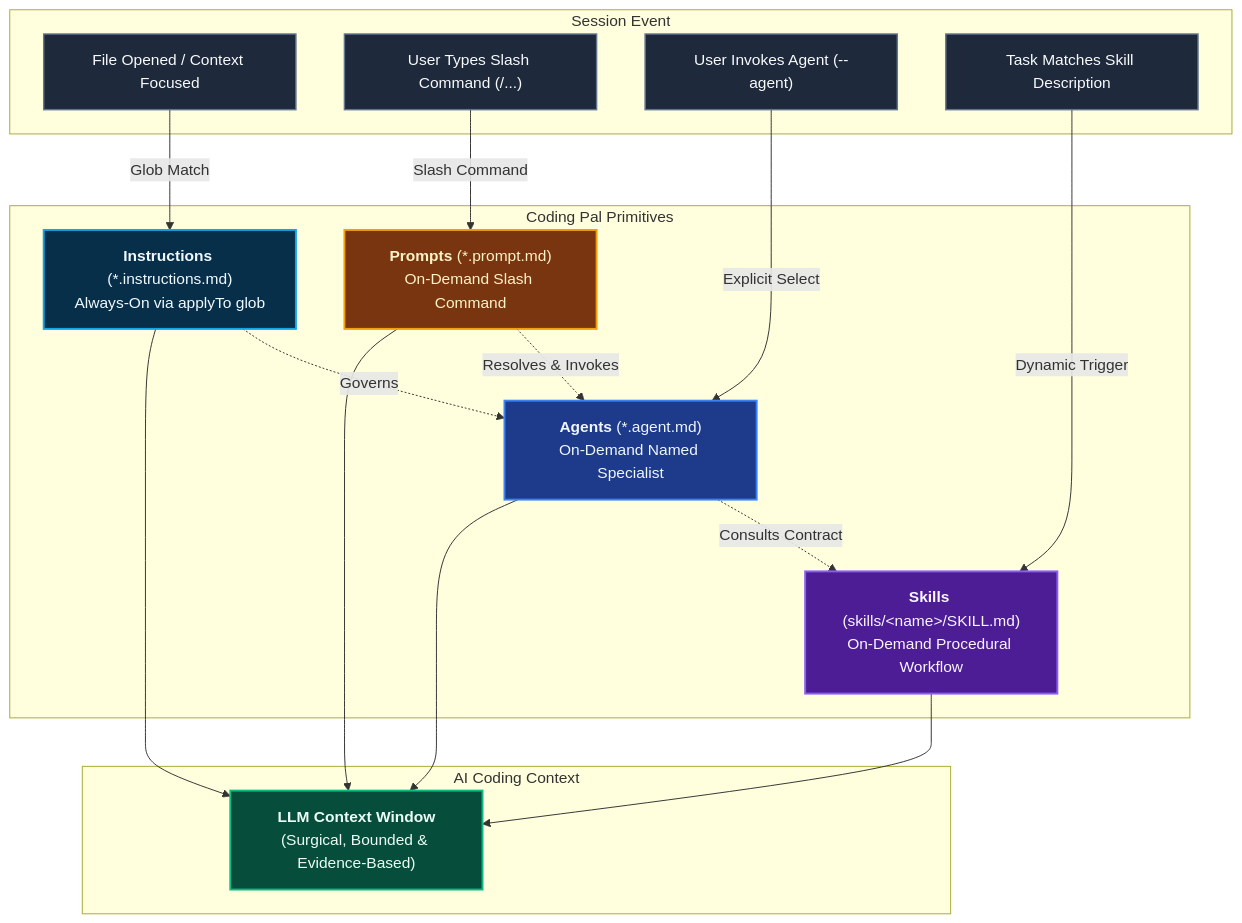
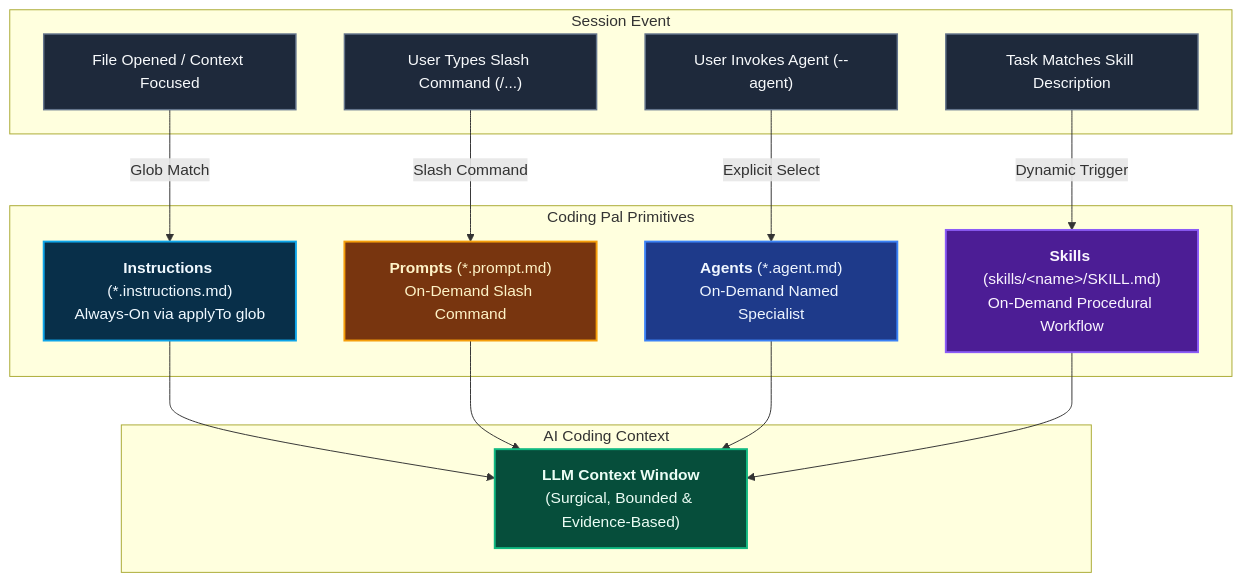
The first of 3 diagrams in website/docs/guide/persistent-context.md (ALTEN-group/coding-pal), drawn with Mermaid before and after one commit.

Commit message:
fix: remove redundant connections in the persistent context flowchart for clarity

````diff
--- a/website/docs/guide/persistent-context.md
+++ b/website/docs/guide/persistent-context.md
@@ -9,45 +9,42 @@
 ```mermaid
 ---
 caption: Persistent Context Loading Mechanism
 ---
 flowchart TD
     subgraph Trigger ["Session Event"]
         E1["File Opened / Context Focused"]
         E2["User Types Slash Command (/...)"]
         E3["User Invokes Agent (--agent)"]
         E4["Task Matches Skill Description"]
     end
 
     subgraph Catalog ["Coding Pal Primitives"]
         I["<b>Instructions</b> (*.instructions.md)<br/>Always-On via applyTo glob"]
         P["<b>Prompts</b> (*.prompt.md)<br/>On-Demand Slash Command"]
         A["<b>Agents</b> (*.agent.md)<br/>On-Demand Named Specialist"]
         S["<b>Skills</b> (skills/&lt;name&gt;/SKILL.md)<br/>On-Demand Procedural Workflow"]
     end
 
     subgraph Execution ["AI Coding Context"]
         CTX["<b>LLM Context Window</b><br/>(Surgical, Bounded & Evidence-Based)"]
     end
 
     E1 -->|Glob Match| I --> CTX
     E2 -->|Slash Command| P --> CTX
     E3 -->|Explicit Select| A --> CTX
     E4 -->|Dynamic Trigger| S --> CTX
-    I -.->|Governs| A
-    P -.->|Resolves & Invokes| A
-    A -.->|Consults Contract| S
 
     classDef instruction fill:#082f49,stroke:#0ea5e9,stroke-width:2px,color:#f0f9ff;
     classDef agent fill:#1e3a8a,stroke:#3b82f6,stroke-width:2px,color:#eff6ff;
     classDef skill fill:#4c1d95,stroke:#8b5cf6,stroke-width:2px,color:#faf5ff;
     classDef prompt fill:#78350f,stroke:#f59e0b,stroke-width:2px,color:#fef3c7;
     classDef execution fill:#064e3b,stroke:#10b981,stroke-width:2px,color:#ecfdf5;
     classDef event fill:#1e293b,stroke:#64748b,stroke-width:1.5px,color:#f8fafc;
 
     class I instruction;
     class P prompt;
     class A agent;
     class S skill;
     class CTX execution;
     class E1,E2,E3,E4 event;
 ```
````
